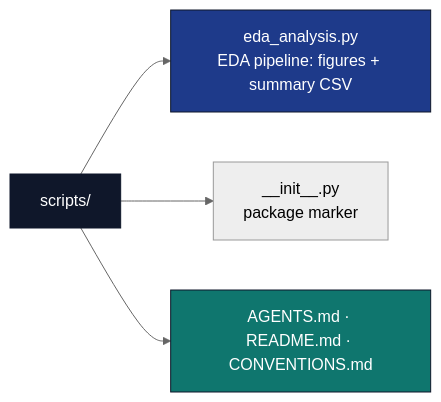
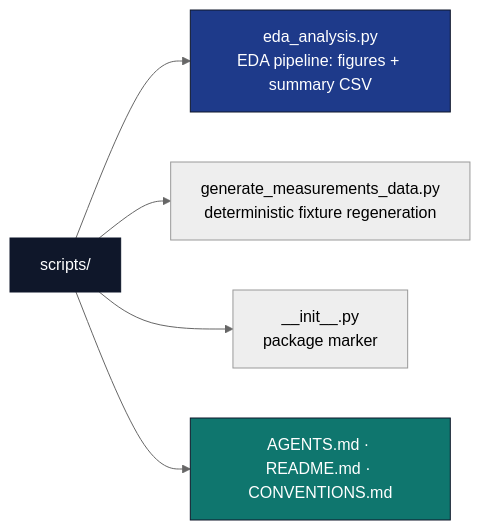
One commit to docxology/template changed the diagram in projects/templates/template_eda_notebook/scripts/AGENTS.md. Above: the diagram before and after it, drawn with Mermaid (neutral theme). The commit also changed other lines of this file and 14 other files, not shown here.

Commit message:
feat(eda-notebook): deterministic dataset generator with fixture-contract binding tests

````diff
--- a/projects/templates/template_eda_notebook/scripts/AGENTS.md
+++ b/projects/templates/template_eda_notebook/scripts/AGENTS.md
@@ -21,14 +21,15 @@
 ```mermaid
 flowchart LR
     SC[scripts/]
     SC --> EDA[eda_analysis.py<br/>EDA pipeline: figures + summary CSV]
+    SC --> GEN[generate_measurements_data.py<br/>deterministic fixture regeneration]
     SC --> INIT[__init__.py<br/>package marker]
     SC --> DOCS[AGENTS.md · README.md · CONVENTIONS.md]
 
     classDef d fill:#0f172a,stroke:#0f172a,color:#fff
     classDef code fill:#1e3a8a,stroke:#0f172a,color:#fff
     classDef doc fill:#0f766e,stroke:#0f172a,color:#fff
     class SC d
     class EDA code
     class DOCS doc
 ```
````
